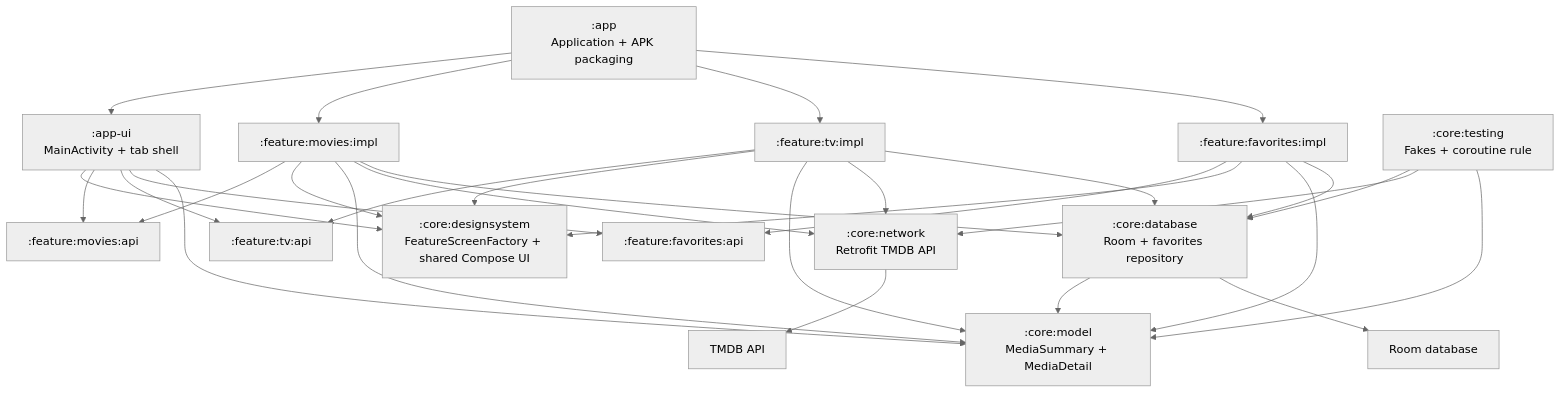
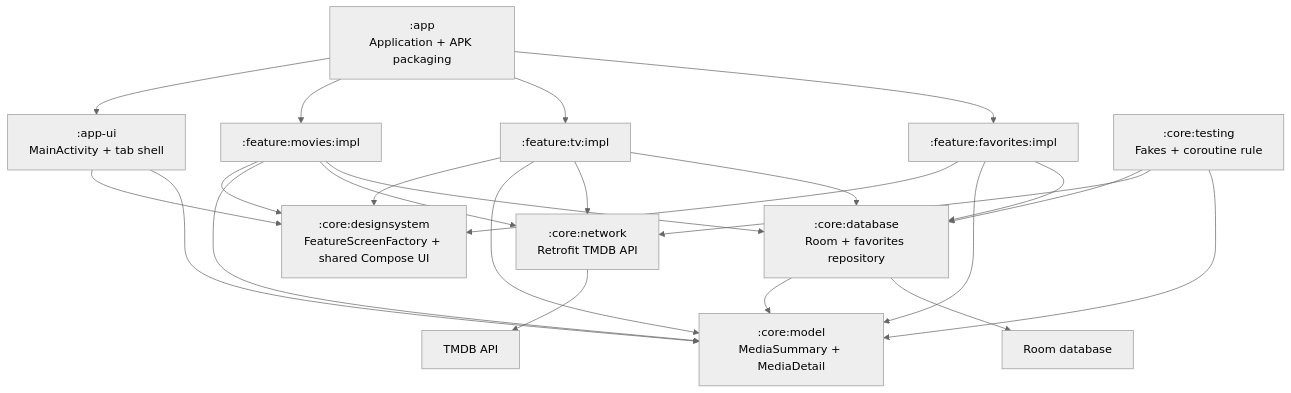
Before and after one commit to alokomkar/PortfolioMovies: the diagram in docs/diagrams/architecture.md, drawn with Mermaid (neutral theme). The commit also changed other lines of this file and 28 other files, not shown here.

Commit message:
Remove empty feature API modules

````diff
--- a/docs/diagrams/architecture.md
+++ b/docs/diagrams/architecture.md
@@ -5,39 +5,33 @@
 ```mermaid
 flowchart TD
     App[":app<br/>Application + APK packaging"] --> AppUi[":app-ui<br/>MainActivity + tab shell"]
 
     App --> MoviesImpl[":feature:movies:impl"]
     App --> TvImpl[":feature:tv:impl"]
     App --> FavoritesImpl[":feature:favorites:impl"]
 
     AppUi --> DesignSystem[":core:designsystem<br/>FeatureScreenFactory + shared Compose UI"]
-    AppUi --> MoviesApi[":feature:movies:api"]
-    AppUi --> TvApi[":feature:tv:api"]
-    AppUi --> FavoritesApi[":feature:favorites:api"]
     AppUi --> Model[":core:model<br/>MediaSummary + MediaDetail"]
 
-    MoviesImpl --> MoviesApi
     MoviesImpl --> DesignSystem
     MoviesImpl --> Model
     MoviesImpl --> Network[":core:network<br/>Retrofit TMDB API"]
     MoviesImpl --> Database[":core:database<br/>Room + favorites repository"]
 
-    TvImpl --> TvApi
     TvImpl --> DesignSystem
     TvImpl --> Model
     TvImpl --> Network
     TvImpl --> Database
 
-    FavoritesImpl --> FavoritesApi
     FavoritesImpl --> DesignSystem
     FavoritesImpl --> Model
     FavoritesImpl --> Database
 
     Database --> Model
     Network --> TMDB["TMDB API"]
     Database --> Room["Room database"]
 
     Testing[":core:testing<br/>Fakes + coroutine rule"] --> Database
     Testing --> Network
     Testing --> Model
 ```
````
